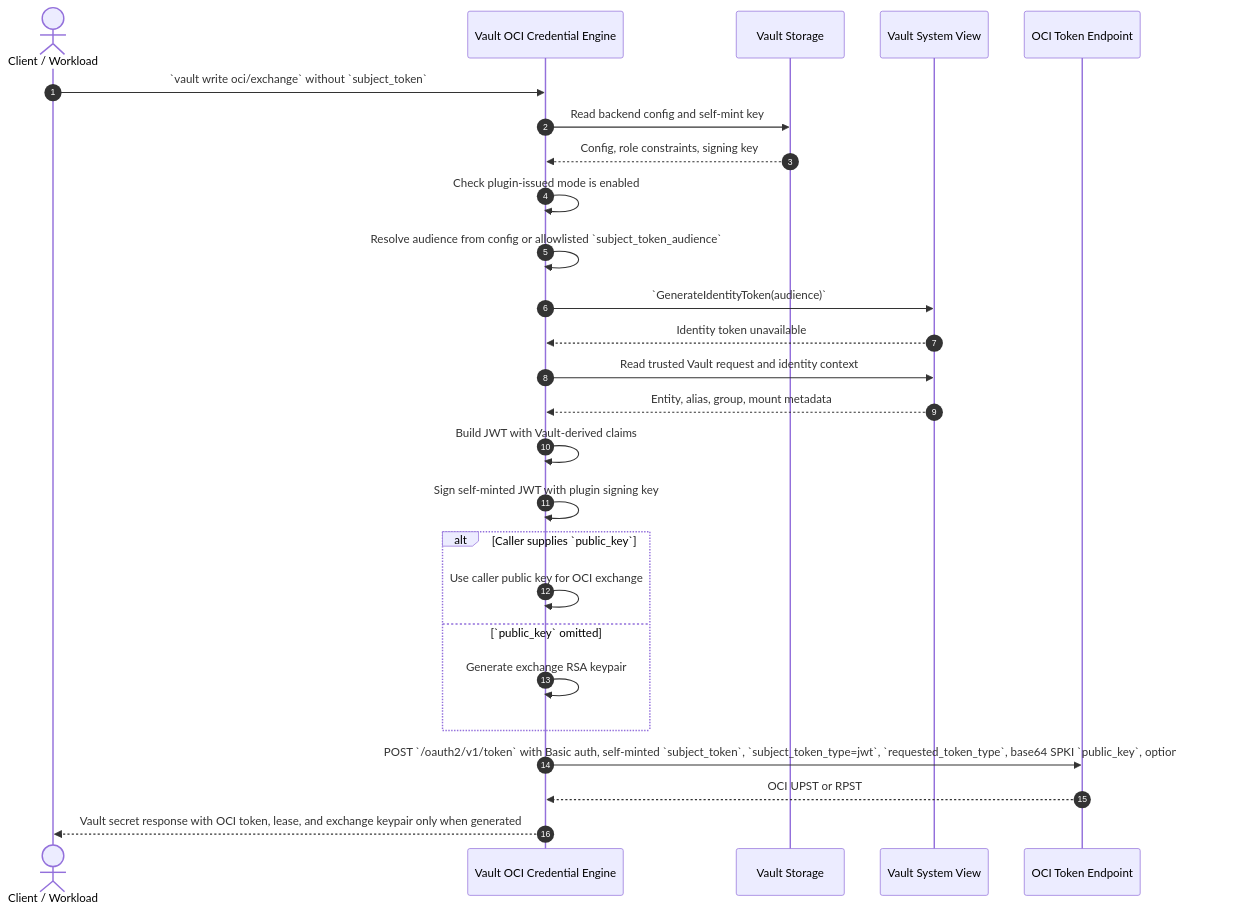
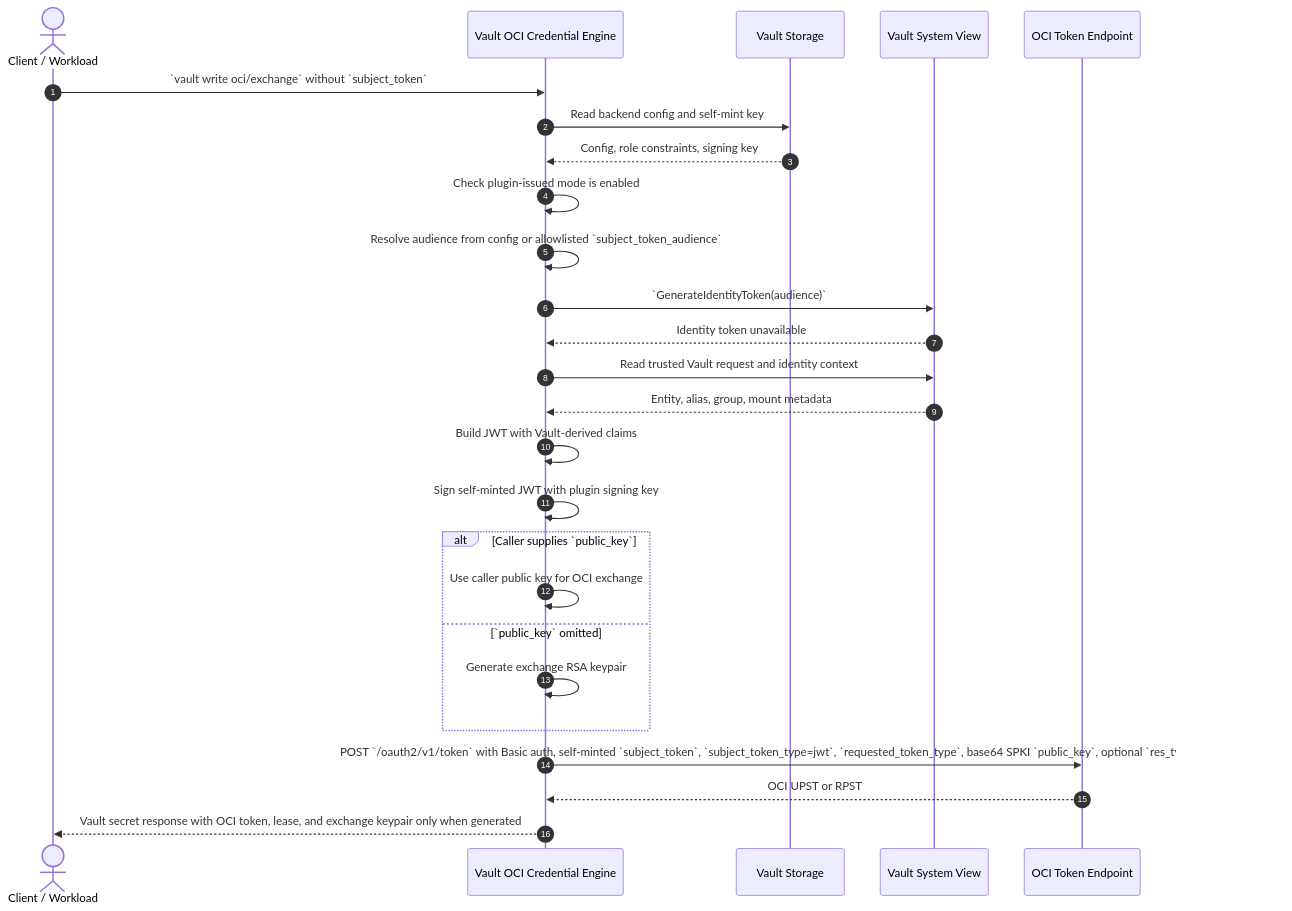
Before and after one commit to gtrevorrow/Hashicorp-OCI-credential-engine: the fourth of 4 diagrams in README.md, drawn with Mermaid. The commit also changed other lines of this file and 9 other files, not shown here.

Commit message:
feat(rpst): send rpst_exp to OCI

````diff
--- a/README.md
+++ b/README.md
@@ -111,29 +111,29 @@
 ```mermaid
 sequenceDiagram
     autonumber
     actor C as Client / Workload
     participant V as Vault OCI Credential Engine
     participant S as Vault Storage
     participant SV as Vault System View
     participant O as OCI Token Endpoint
 
     C->>V: `vault write oci/exchange` without `subject_token`
     V->>S: Read backend config and self-mint key
     S-->>V: Config, role constraints, signing key
     V->>V: Check plugin-issued mode is enabled
     V->>V: Resolve audience from config or allowlisted `subject_token_audience`
     V->>SV: `GenerateIdentityToken(audience)`
     SV-->>V: Identity token unavailable
     V->>SV: Read trusted Vault request and identity context
     SV-->>V: Entity, alias, group, mount metadata
     V->>V: Build JWT with Vault-derived claims
     V->>V: Sign self-minted JWT with plugin signing key
     alt Caller supplies `public_key`
         V->>V: Use caller public key for OCI exchange
     else `public_key` omitted
         V->>V: Generate exchange RSA keypair
     end
-    V->>O: POST `/oauth2/v1/token` with Basic auth, self-minted `subject_token`, `subject_token_type=jwt`, `requested_token_type`, base64 SPKI `public_key`, optional `res_type`
+    V->>O: POST `/oauth2/v1/token` with Basic auth, self-minted `subject_token`, `subject_token_type=jwt`, `requested_token_type`, base64 SPKI `public_key`, optional `res_type`, RPST `rpst_exp`
     O-->>V: OCI UPST or RPST
     V-->>C: Vault secret response with OCI token, lease, and exchange keypair only when generated
 ```
````
